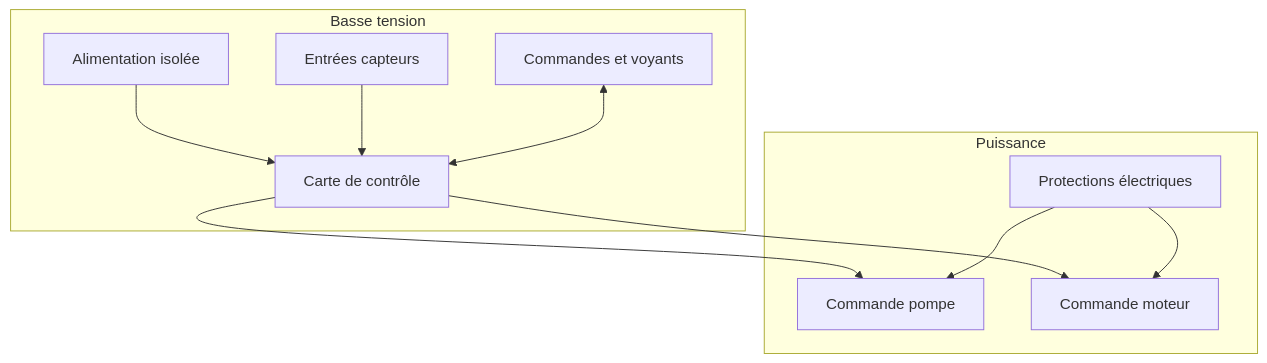
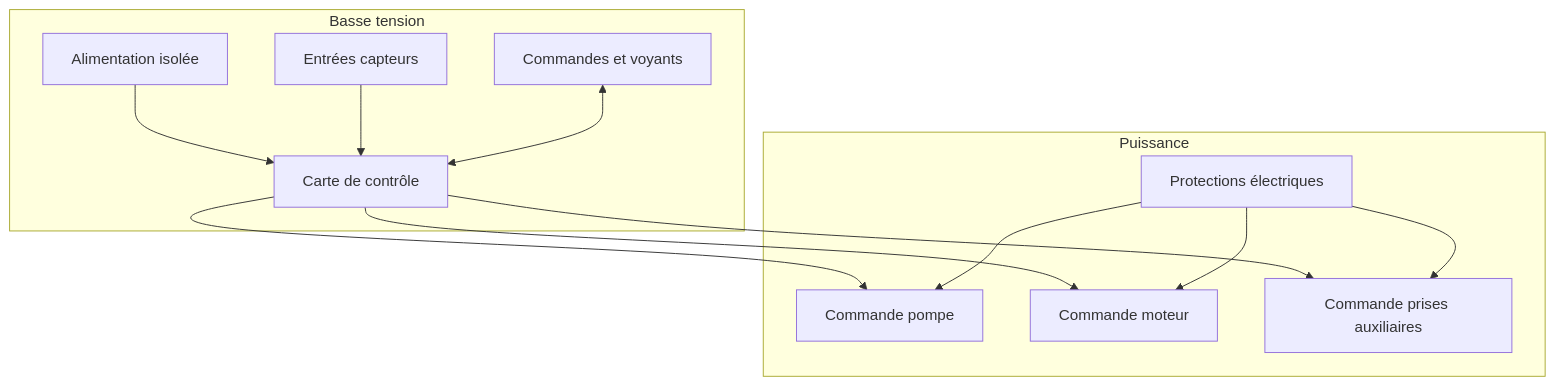
One commit to elbuey76/DrumFilterController changed the diagram in docs/architecture/02-architecture-materielle.md. Above: the diagram before and after it, drawn with Mermaid. The commit also changed other lines of this file and 5 other files, not shown here.

````diff
--- a/docs/architecture/02-architecture-materielle.md
+++ b/docs/architecture/02-architecture-materielle.md
@@ -15,23 +15,26 @@
 ```mermaid
 flowchart TB
     subgraph BT[Basse tension]
         Alim[Alimentation isolée]
         MCU[Carte de contrôle]
         Inputs[Entrées capteurs]
         UI[Commandes et voyants]
     end
 
     subgraph P[Puissance]
         Prot[Protections électriques]
         K1[Commande pompe]
         K2[Commande moteur]
+        K3[Commande prises auxiliaires]
     end
 
     Alim --> MCU
     Inputs --> MCU
     UI <--> MCU
     MCU --> K1
     MCU --> K2
+    MCU --> K3
     Prot --> K1
     Prot --> K2
+    Prot --> K3
 ```
````
